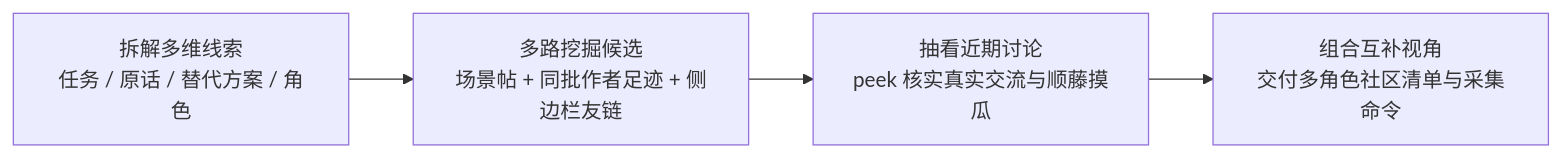
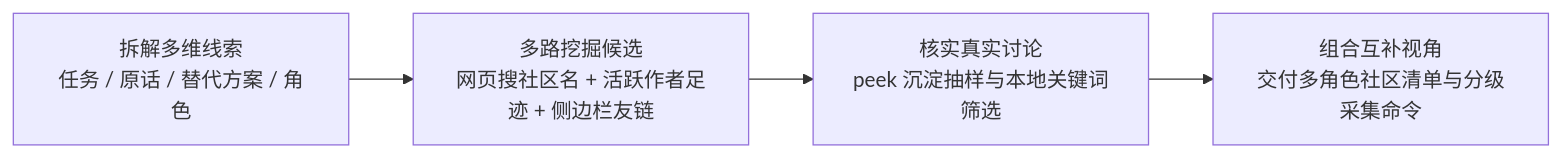
One commit to ezra-y/reddit-ad-workflow-skills changed the diagram in skills/reddit-community-discovery/SKILL.md. Above: the diagram before and after it, drawn with Mermaid. The commit also changed other lines of this file and 15 other files, not shown here.

````diff
--- a/skills/reddit-community-discovery/SKILL.md
+++ b/skills/reddit-community-discovery/SKILL.md
@@ -12,6 +12,6 @@
 ```mermaid
 flowchart LR
-    S1["拆解多维线索<br/>任务 / 原话 / 替代方案 / 角色"] --> S2["多路挖掘候选<br/>场景帖 + 同批作者足迹 + 侧边栏友链"]
-    S2 --> S3["抽看近期讨论<br/>peek 核实真实交流与顺藤摸瓜"]
-    S3 --> S4["组合互补视角<br/>交付多角色社区清单与采集命令"]
+    S1["拆解多维线索<br/>任务 / 原话 / 替代方案 / 角色"] --> S2["多路挖掘候选<br/>网页搜社区名 + 活跃作者足迹 + 侧边栏友链"]
+    S2 --> S3["核实真实讨论<br/>peek 沉淀抽样与本地关键词筛选"]
+    S3 --> S4["组合互补视角<br/>交付多角色社区清单与分级采集命令"]
 ```
````
